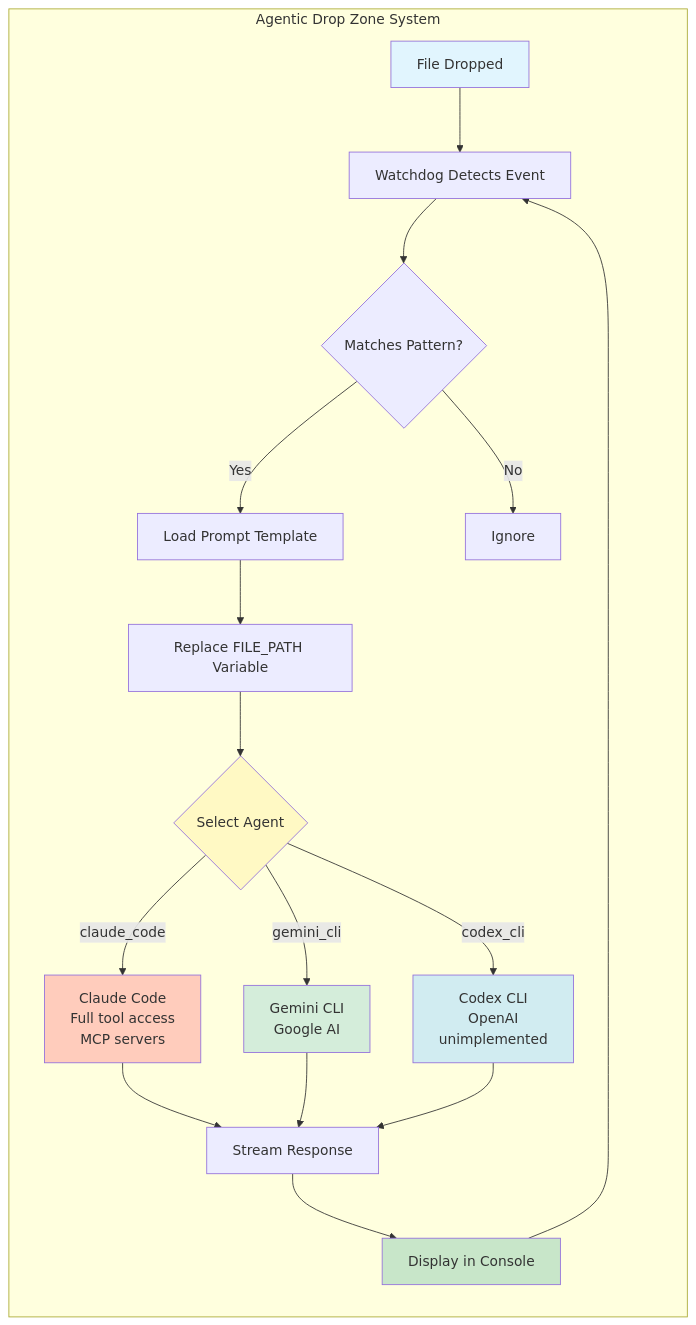
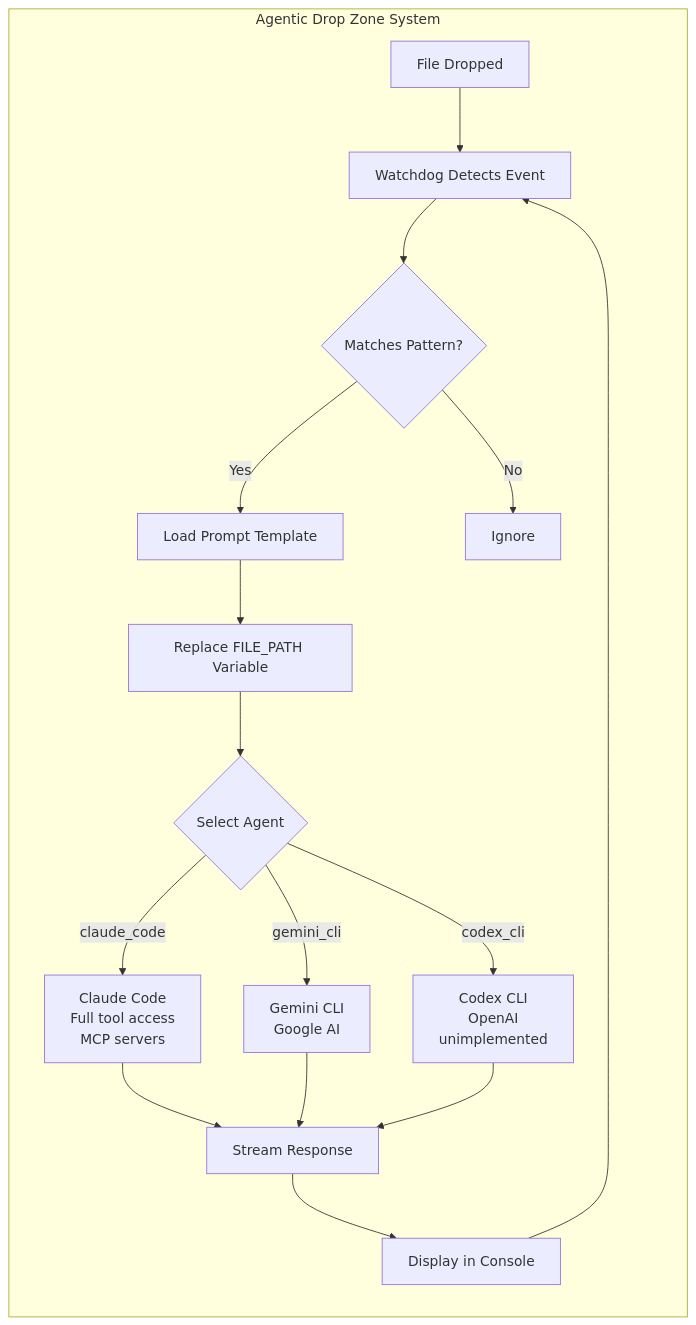
The diagram in README.md (rartzi/agentic-drop-zones), drawn with Mermaid before and after one commit. The commit also changed other lines of this file and 1 other file, not shown here.

````diff
--- a/README.md
+++ b/README.md
@@ -15,26 +17,19 @@
 ```mermaid
 graph LR
     subgraph "Agentic Drop Zone System"
         A[File Dropped] --> B[Watchdog Detects Event]
         B --> C{Matches Pattern?}
         C -->|Yes| D[Load Prompt Template]
         C -->|No| E[Ignore]
         D --> F[Replace FILE_PATH Variable]
         F --> G{Select Agent}
         G -->|claude_code| H[Claude Code<br/>Full tool access<br/>MCP servers]
         G -->|gemini_cli| I[Gemini CLI<br/>Google AI<br/>]
         G -->|codex_cli| J[Codex CLI<br/>OpenAI<br/>unimplemented]
         H --> K[Stream Response]
         I --> K
         J --> K
         K --> L[Display in Console]
         L --> B
     end
-    
-    style A fill:#e1f5fe
-    style G fill:#fff9c4
-    style H fill:#ffccbc
-    style I fill:#d4edda
-    style J fill:#d1ecf1
-    style L fill:#c8e6c9
 ```
````
